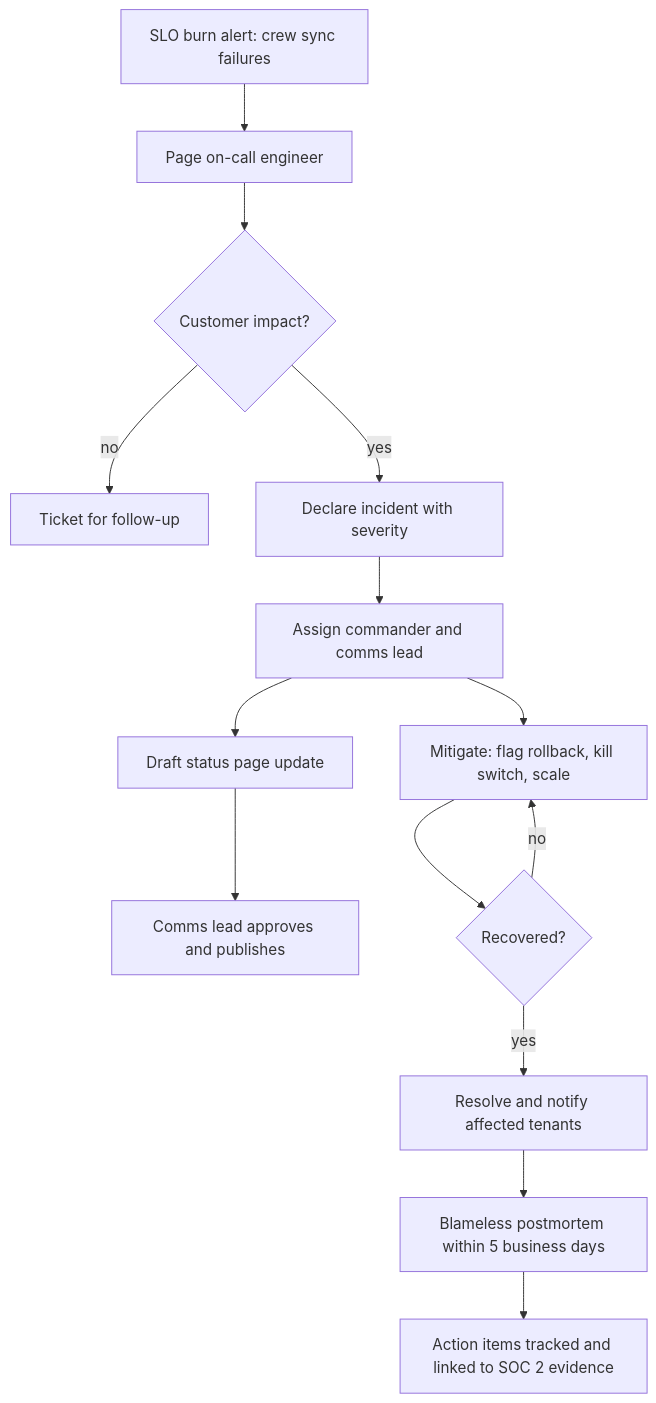
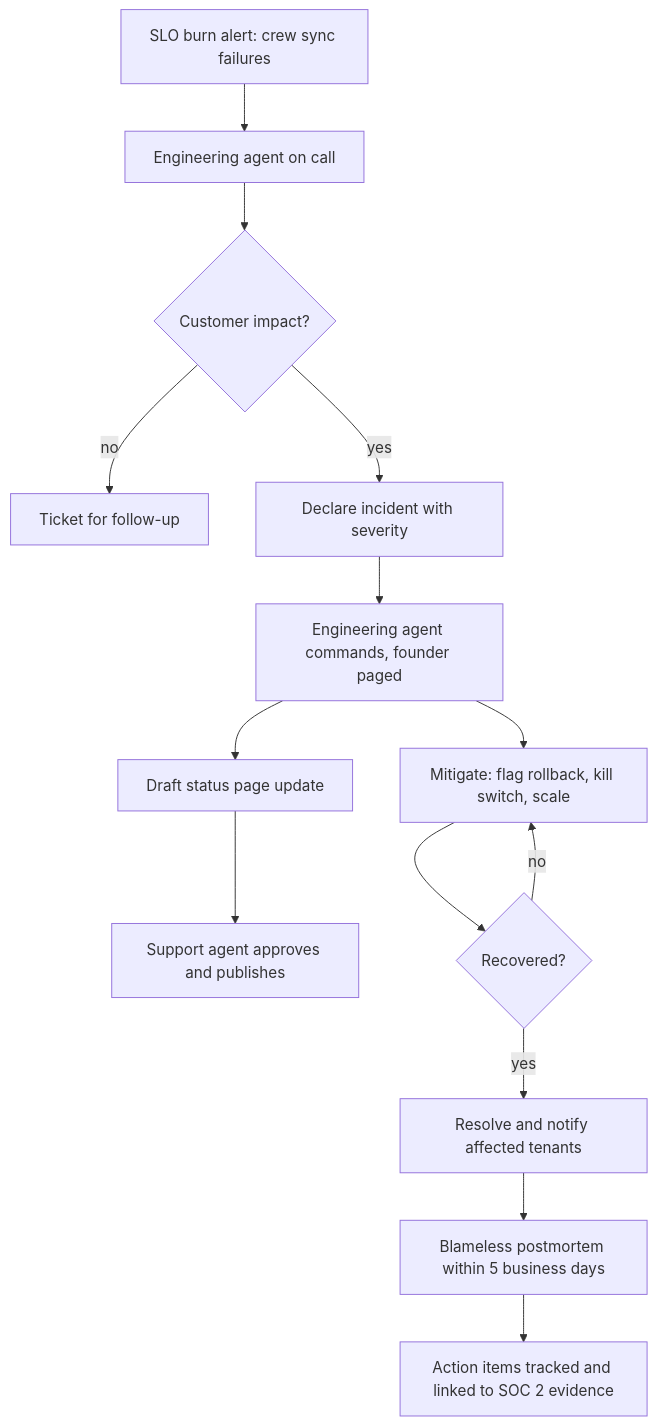
One commit to jdinard/landscape changed the ninth of 13 diagrams in docs/19-platform-admin-portal.md. Above: the diagram before and after it, drawn with Mermaid. The commit also changed other lines of this file and 42 other files, not shown here.

````diff
--- a/docs/19-platform-admin-portal.md
+++ b/docs/19-platform-admin-portal.md
@@ -1182,16 +1188,16 @@
 ```mermaid
 flowchart TD
-    AL["SLO burn alert: crew sync failures"] --> PG["Page on-call engineer"]
+    AL["SLO burn alert: crew sync failures"] --> PG["Engineering agent on call"]
     PG --> TRI{"Customer impact?"}
     TRI -->|no| TK["Ticket for follow-up"]
     TRI -->|yes| DEC["Declare incident with severity"]
-    DEC --> IC["Assign commander and comms lead"]
+    DEC --> IC["Engineering agent commands, founder paged"]
     IC --> SP["Draft status page update"]
-    SP --> APPR["Comms lead approves and publishes"]
+    SP --> APPR["Support agent approves and publishes"]
     IC --> MIT["Mitigate: flag rollback, kill switch, scale"]
     MIT --> VER{"Recovered?"}
     VER -->|no| MIT
     VER -->|yes| RES["Resolve and notify affected tenants"]
     RES --> PM["Blameless postmortem within 5 business days"]
     PM --> AI2["Action items tracked and linked to SOC 2 evidence"]
 ```
````
